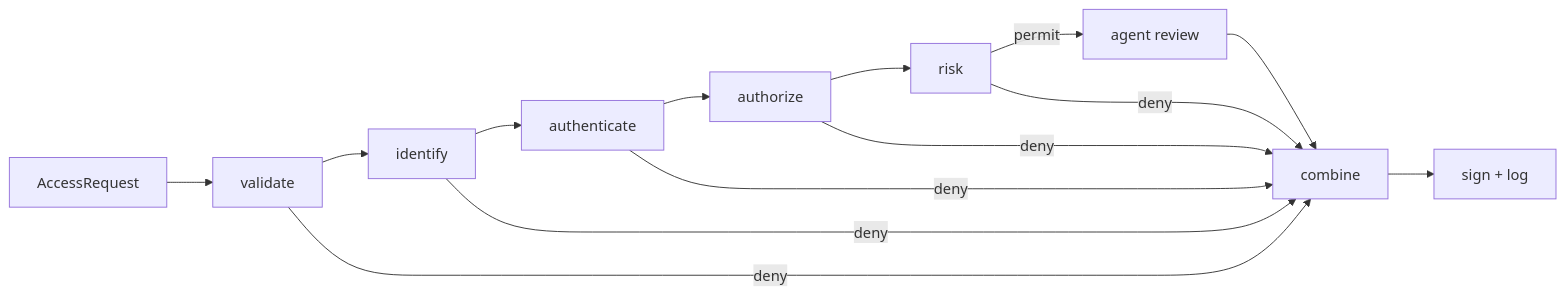
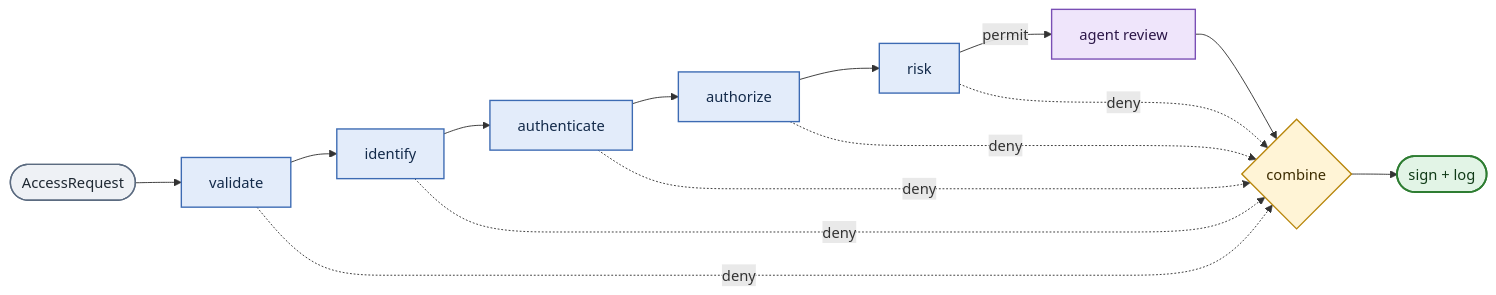
The first of 2 diagrams in docs/reasoning.md (CICTHackathon/llm-access), drawn with Mermaid before and after one commit. The commit also changed other lines of this file, not shown here.

Commit message:
docs: colour reasoning diagrams and lay them out left to right

````diff
--- a/docs/reasoning.md
+++ b/docs/reasoning.md
@@ -29,12 +29,23 @@
 ```mermaid
 flowchart LR
-    R[AccessRequest] --> V[validate]
+    R([AccessRequest]) --> V[validate]
     V --> I[identify]
     I --> A[authenticate]
     A --> Z[authorize]
     Z --> K[risk]
     K -->|permit| G[agent review]
-    G --> C[combine]
-    V & I & A & Z & K -->|deny| C
-    C --> S[sign + log]
+    G --> C{combine}
+    V & I & A & Z & K -.->|deny| C
+    C --> S([sign + log])
+
+    classDef io fill:#eef1f5,stroke:#5b6b80,color:#1f2933,stroke-width:1.5px
+    classDef stage fill:#e3ecfa,stroke:#3d6bb3,color:#132a4a,stroke-width:1.5px
+    classDef agent fill:#efe5fb,stroke:#7a4fb5,color:#2c1748,stroke-width:1.5px
+    classDef gate fill:#fff4d6,stroke:#b8860b,color:#3d2c00,stroke-width:1.5px
+    classDef done fill:#e2f4e6,stroke:#2e7d32,color:#103a17,stroke-width:2px
+    class R io
+    class V,I,A,Z,K stage
+    class G agent
+    class C gate
+    class S done
 ```
````
